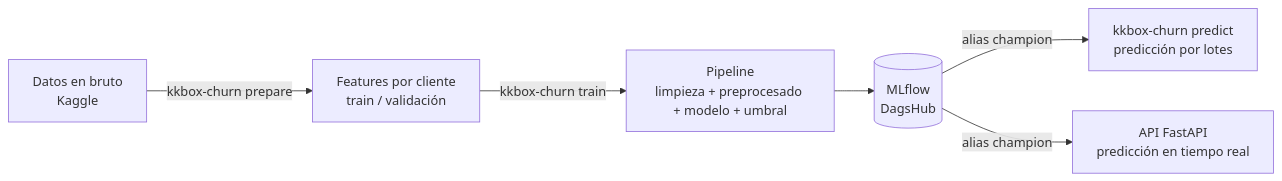
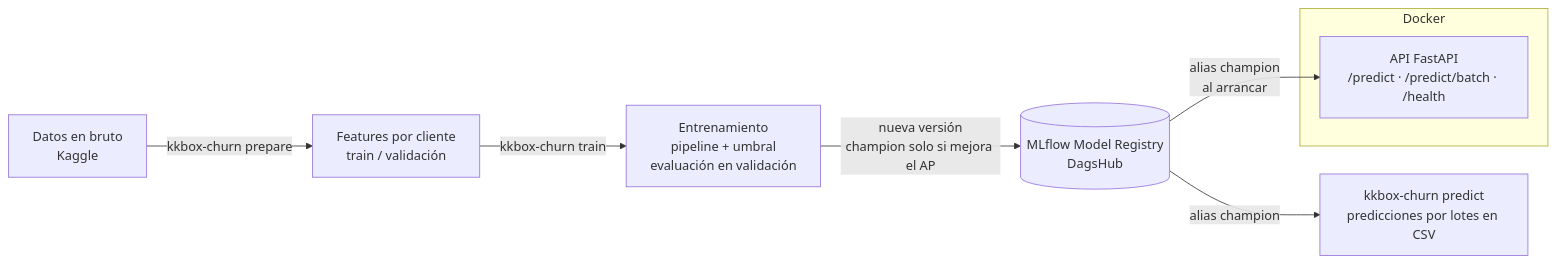
One commit to gloriadrm/kkbox-churn-prediction changed the diagram in README.md. Above: the diagram before and after it, drawn with Mermaid.

Commit message:
Update architecture diagram with champion/challenger and Docker

````diff
--- a/README.md
+++ b/README.md
@@ -51,8 +51,13 @@
 ```mermaid
 flowchart LR
     A[Datos en bruto<br/>Kaggle] -->|kkbox-churn prepare| B[Features por cliente<br/>train / validación]
-    B -->|kkbox-churn train| C[Pipeline<br/>limpieza + preprocesado + modelo + umbral]
-    C --> D[(MLflow<br/>DagsHub)]
-    D -->|alias champion| E[kkbox-churn predict<br/>predicción por lotes]
-    D -->|alias champion| F[API FastAPI<br/>predicción en tiempo real]
+    B -->|kkbox-churn train| C[Entrenamiento<br/>pipeline + umbral<br/>evaluación en validación]
+    C -->|nueva versión<br/>champion solo si mejora el AP| D[(MLflow Model Registry<br/>DagsHub)]
+    D -->|alias champion| E[kkbox-churn predict<br/>predicciones por lotes en CSV]
+
+    subgraph Docker
+        F[API FastAPI<br/>/predict · /predict/batch · /health]
+    end
+
+    D -->|alias champion<br/>al arrancar| F
 ```
````
